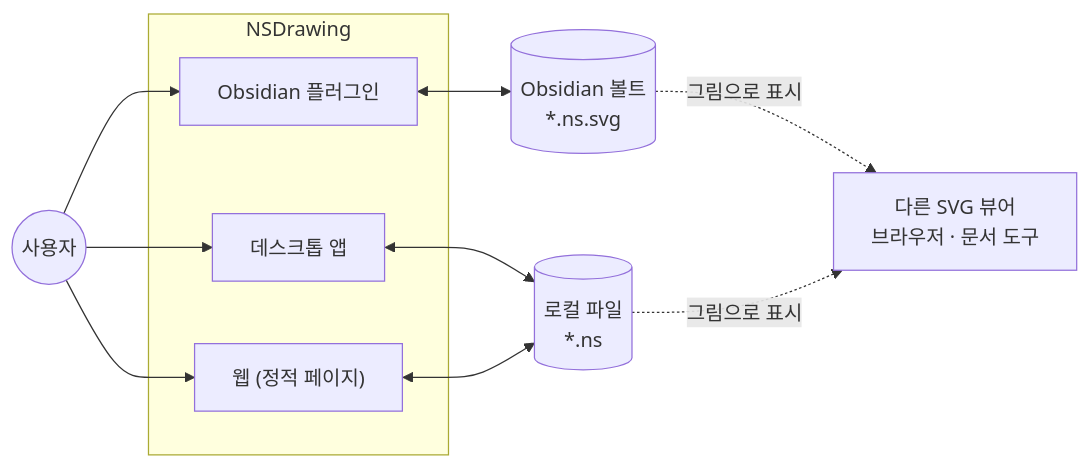
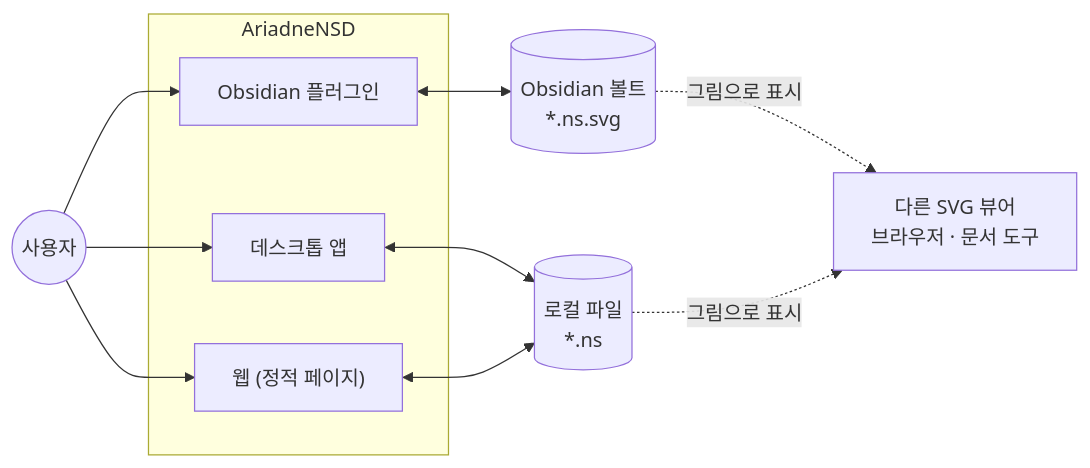
The first of 3 diagrams in docs/02-architecture/02-architecture.md (reddiana/nsdrawing), drawn with Mermaid before and after one commit. The commit also changed other lines of this file and 34 other files, not shown here.

````diff
--- a/docs/02-architecture/02-architecture.md
+++ b/docs/02-architecture/02-architecture.md
@@ -35,18 +35,18 @@
 ```mermaid
 flowchart LR
     user(("사용자"))
-    subgraph apps["NSDrawing"]
+    subgraph apps["AriadneNSD"]
         obs["Obsidian 플러그인"]
         dsk["데스크톱 앱"]
         web["웹 (정적 페이지)"]
     end
     vault[("Obsidian 볼트<br/>*.ns.svg")]
     fs[("로컬 파일<br/>*.ns")]
     viewer["다른 SVG 뷰어<br/>브라우저 · 문서 도구"]
     user --> obs & dsk & web
     obs <--> vault
     dsk <--> fs
     web <--> fs
     vault -.그림으로 표시.-> viewer
     fs -.그림으로 표시.-> viewer
 ```
````
